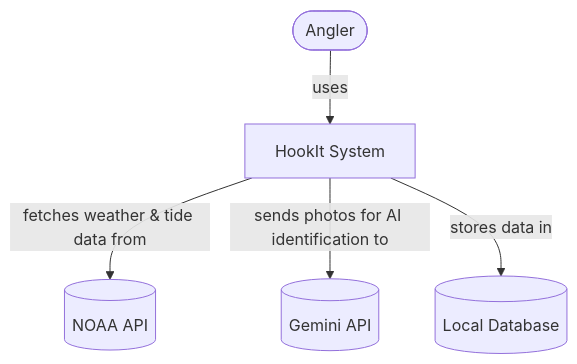
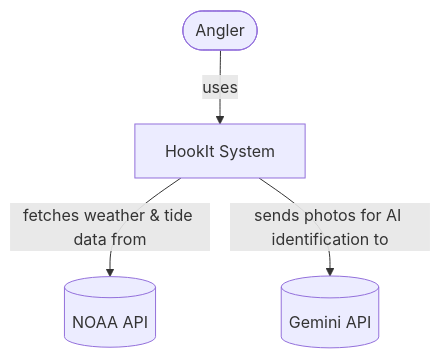
The first of 2 diagrams in README.md (ddinza/cen5064-project-dinza), drawn with Mermaid before and after one commit.

Commit message:
Remove local database reference from flowchart
Removed the local database storage reference from the flowchart.

````diff
--- a/README.md
+++ b/README.md
@@ -77,9 +77,8 @@
 ```mermaid
 
 %% HookIt Context Diagram
 flowchart TB
     user([Angler]) -->|uses| system[HookIt System]
     system -->|fetches weather & tide data from| noaa[(NOAA API)]
     system -->|sends photos for AI identification to| gemini[(Gemini API)]
-    system -->|stores data in| db[(Local Database)]
 ```
````
